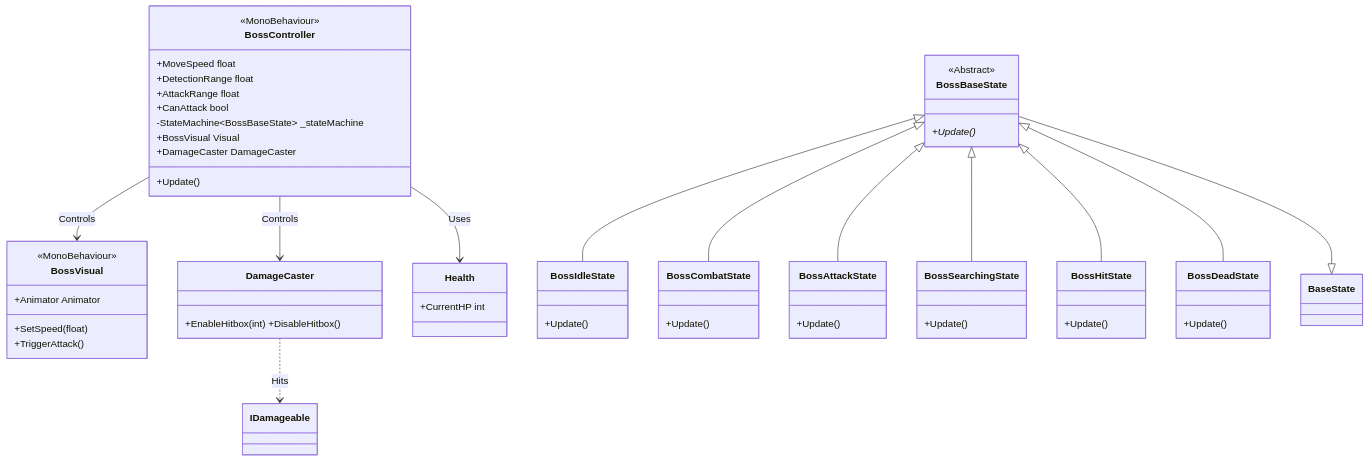
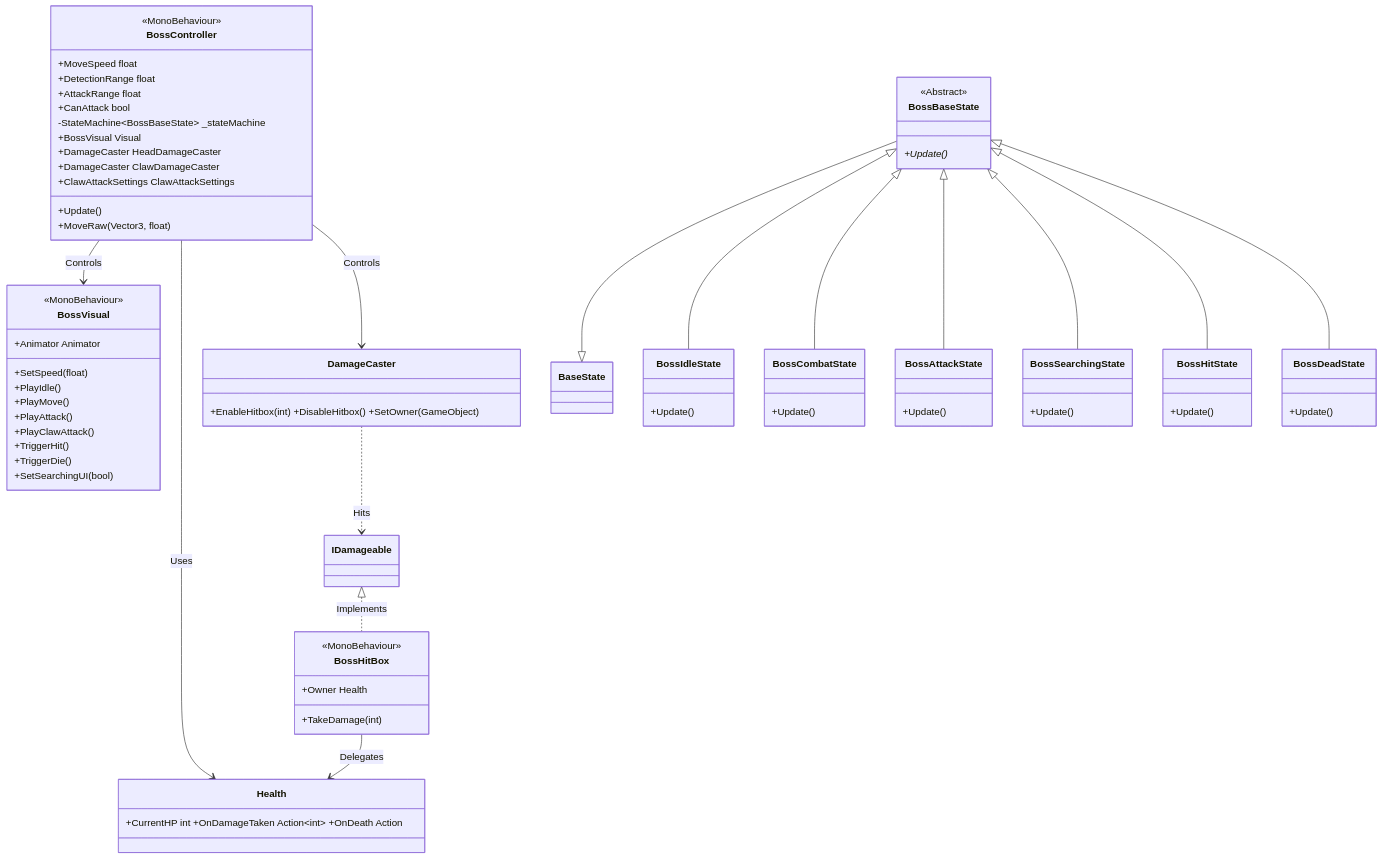
The second of 3 diagrams in docs/technical/System_Blueprint.md (BallTank/BossRaidPortfolio), drawn with Mermaid before and after one commit. The commit also changed other lines of this file and 9 other files, not shown here.

````diff
--- a/docs/technical/System_Blueprint.md
+++ b/docs/technical/System_Blueprint.md
@@ -100,55 +120,72 @@
 ```mermaid
 classDiagram
     direction TB
 
     %% Components
     class BossController {
         <<MonoBehaviour>>
         +MoveSpeed float
         +DetectionRange float
         +AttackRange float
         +CanAttack bool
         -StateMachine~BossBaseState~ _stateMachine
         +BossVisual Visual
-        +DamageCaster DamageCaster
+        +DamageCaster HeadDamageCaster
+        +DamageCaster ClawDamageCaster
+        +ClawAttackSettings ClawAttackSettings
         +Update()
+        +MoveRaw(Vector3, float)
     }
 
     class BossBaseState {
         <<Abstract>>
         +Update()*
     }
 
     class BossVisual {
         <<MonoBehaviour>>
         +Animator Animator
         +SetSpeed(float)
-        +TriggerAttack()
+        +PlayIdle()
+        +PlayMove()
+        +PlayAttack()
+        +PlayClawAttack()
+        +TriggerHit()
+        +TriggerDie()
+        +SetSearchingUI(bool)
     }
 
-    class DamageCaster { +EnableHitbox(int) +DisableHitbox() }
-    class Health { +CurrentHP int }
+    class BossHitBox {
+        <<MonoBehaviour>>
+        +Owner Health
+        +TakeDamage(int)
+    }
+
+    class DamageCaster { +EnableHitbox(int) +DisableHitbox() +SetOwner(GameObject) }
+    class Health { +CurrentHP int +OnDamageTaken Action~int~ +OnDeath Action }
 
     %% Concrete States
     class BossIdleState { +Update() }
     class BossCombatState { +Update() }
     class BossAttackState { +Update() }
     class BossSearchingState { +Update() }
     class BossHitState { +Update() }
     class BossDeadState { +Update() }
 
     %% Relationships
     BossController --> BossVisual : Controls
     BossController --> Health : Uses
     BossController --> DamageCaster : Controls
 
     BossBaseState --|> BaseState
     BossBaseState <|-- BossIdleState
     BossBaseState <|-- BossCombatState
     BossBaseState <|-- BossAttackState
     BossBaseState <|-- BossSearchingState
     BossBaseState <|-- BossHitState
     BossBaseState <|-- BossDeadState
 
+    IDamageable <|.. BossHitBox : Implements
+    BossHitBox --> Health : Delegates
     DamageCaster ..> IDamageable : Hits
 ```
````
